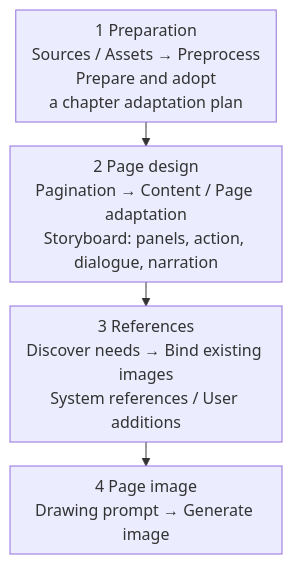
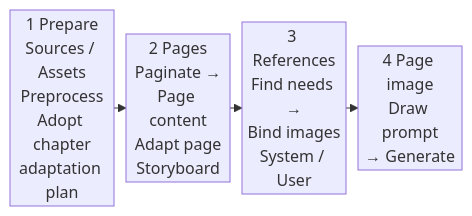
One commit to GTJasonMK/A4N changed the seventh of 18 diagrams in README.en.md. Above: the diagram before and after it, drawn with Mermaid. The commit also changed other lines of this file and 2 other files, not shown here.

````diff
--- a/README.en.md
+++ b/README.en.md
@@ -178,13 +178,13 @@
 ```mermaid
 ---
 config:
-  flowchart: { nodeSpacing: 20, rankSpacing: 24, padding: 8, wrappingWidth: 240 }
+  flowchart: { nodeSpacing: 16, rankSpacing: 12, padding: 2, wrappingWidth: 96 }
 ---
-flowchart TB
+flowchart LR
   accTitle: Comic production from story sources to page images
   accDescr: Sources and assets pass through preprocessing and an adopted chapter adaptation plan, then pagination, page content and per-page adaptation, followed by storyboarding, reference discovery, prompts and full-page generation.
-  source["1 Preparation<br/>Sources / Assets → Preprocess<br/>Prepare and adopt<br/>a chapter adaptation plan"]
-  source --> pages["2 Page design<br/>Pagination → Content / Page adaptation<br/>Storyboard: panels, action, dialogue, narration"]
-  pages --> references["3 References<br/>Discover needs → Bind existing images<br/>System references / User additions"]
-  references --> image["4 Page image<br/>Drawing prompt → Generate image"]
+  source["1 Prepare<br/>Sources / Assets<br/>Preprocess<br/>Adopt chapter<br/>adaptation plan"]
+  source --> pages["2 Pages<br/>Paginate →<br/>Page content<br/>Adapt page<br/>Storyboard"]
+  pages --> references["3 References<br/>Find needs →<br/>Bind images<br/>System / User"]
+  references --> image["4 Page image<br/>Draw prompt<br/>→ Generate"]
 ```
````
